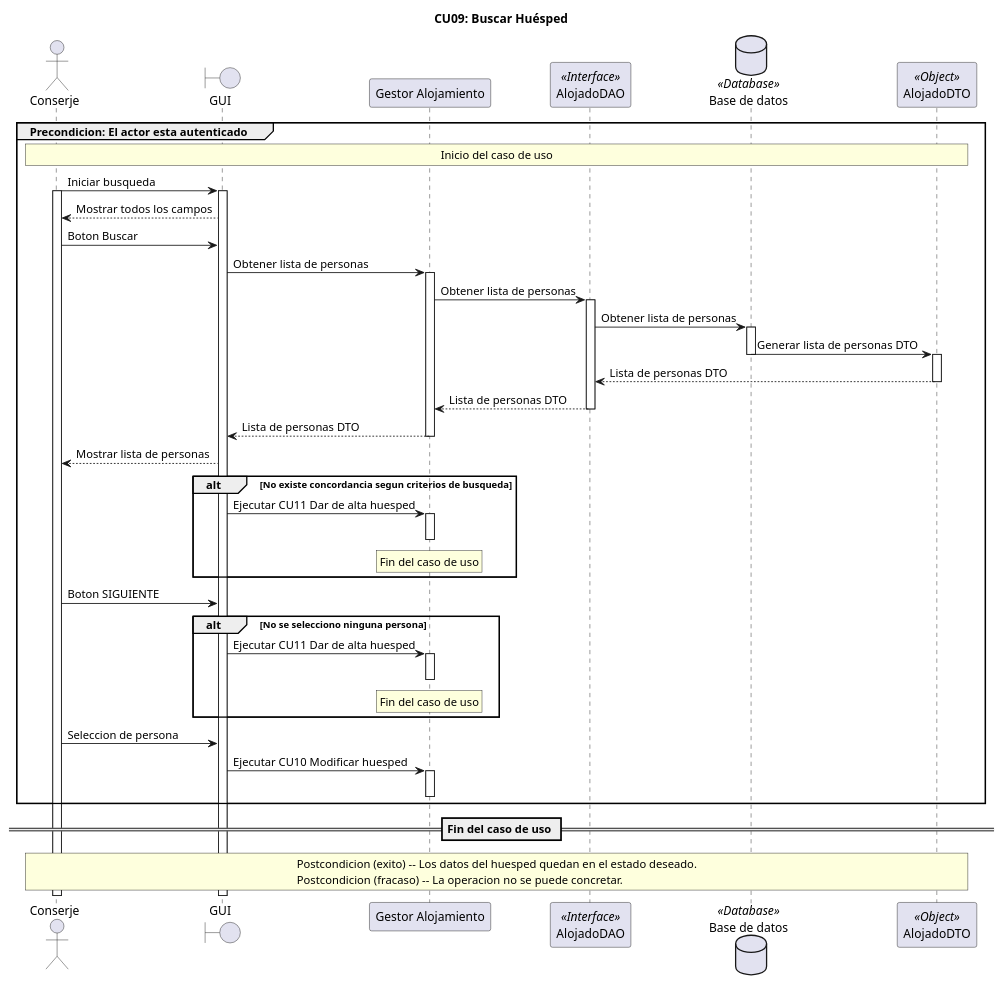
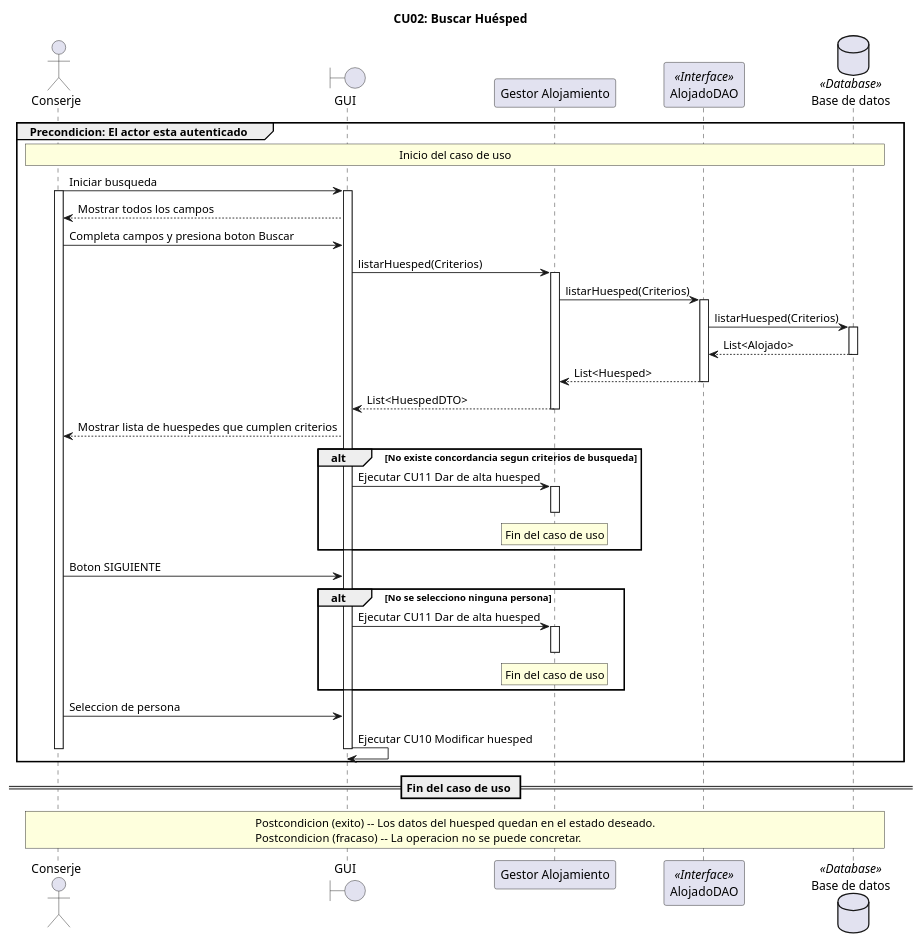
One commit to mateopozzo/DeSo changed the diagram in Diagramas/Diagramas de secuencia/Diagrama de secuencia CU02.puml. Above: the diagram before and after it, drawn with PlantUML. The commit also changed 7 other files, not shown here.

Commit message:
Corrige versiones de codigo e imagenes de diagramas de secuencias por las ultimas realizadas con algunas correcciones en base a lo programado

```diff
--- a/Diagramas/Diagramas de secuencia/Diagrama de secuencia CU02.puml
+++ b/Diagramas/Diagramas de secuencia/Diagrama de secuencia CU02.puml
@@ -1,73 +1,67 @@
 @startuml
-title CU09: Buscar Huésped
+title CU02: Buscar Huésped
 ' Actor y participantes
 actor "Conserje" as Conserje
 boundary "GUI" as UI
 participant "Gestor Alojamiento" as GestorAlojamiento
 participant "AlojadoDAO" as ADAO <<Interface>>
 database "Base de datos" as BDD <<Database>>
-participant "AlojadoDTO" as ADTO <<Object>>
 
 ' Precondición
 group Precondicion: El actor esta autenticado
   rnote across: Inicio del caso de uso
   
   
   Conserje -> UI : Iniciar busqueda
   activate Conserje
   activate UI
   
   UI --> Conserje : Mostrar todos los campos
-  Conserje -> UI : Boton Buscar
+  Conserje -> UI : Completa campos y presiona boton Buscar
   
-  UI -> GestorAlojamiento : Obtener lista de personas
+  UI -> GestorAlojamiento : listarHuesped(Criterios)
   activate GestorAlojamiento
-  GestorAlojamiento -> ADAO : Obtener lista de personas
+  GestorAlojamiento -> ADAO : listarHuesped(Criterios)
   activate ADAO
-  ADAO -> BDD : Obtener lista de personas
+  ADAO -> BDD : listarHuesped(Criterios)
   activate BDD
-  BDD -> ADTO : Generar lista de personas DTO
+  BDD --> ADAO : List<Alojado> 
   deactivate BDD
-  activate ADTO
   
-  ADTO --> ADAO : Lista de personas DTO
-  deactivate ADTO
-  
-  ADAO --> GestorAlojamiento : Lista de personas DTO
+  ADAO --> GestorAlojamiento : List<Huesped>
   deactivate ADAO
-  GestorAlojamiento --> UI : Lista de personas DTO
+  GestorAlojamiento --> UI : List<HuespedDTO>
   deactivate GestorAlojamiento
   
-  UI --> Conserje : Mostrar lista de personas
+  UI --> Conserje : Mostrar lista de huespedes que cumplen criterios
   
   alt No existe concordancia segun criterios de busqueda
     UI -> GestorAlojamiento : Ejecutar CU11 Dar de alta huesped
     activate GestorAlojamiento
     deactivate GestorAlojamiento
     rnote over GestorAlojamiento : Fin del caso de uso
   end
   
   Conserje -> UI : Boton SIGUIENTE
   alt No se selecciono ninguna persona
     UI -> GestorAlojamiento : Ejecutar CU11 Dar de alta huesped
     activate GestorAlojamiento
     deactivate GestorAlojamiento
     rnote over GestorAlojamiento : Fin del caso de uso
   end
   
   Conserje -> UI : Seleccion de persona
   
-  UI -> GestorAlojamiento : Ejecutar CU10 Modificar huesped
-  activate GestorAlojamiento
-  deactivate GestorAlojamiento
+  UI -> UI : Ejecutar CU10 Modificar huesped
 
-  
+  deactivate Conserje
+  deactivate UI
 end
 
 == Fin del caso de uso ==
 rnote across
   Postcondicion (exito) -- Los datos del huesped quedan en el estado deseado.
   Postcondicion (fracaso) -- La operacion no se puede concretar.
 end note
 
 @enduml
```
